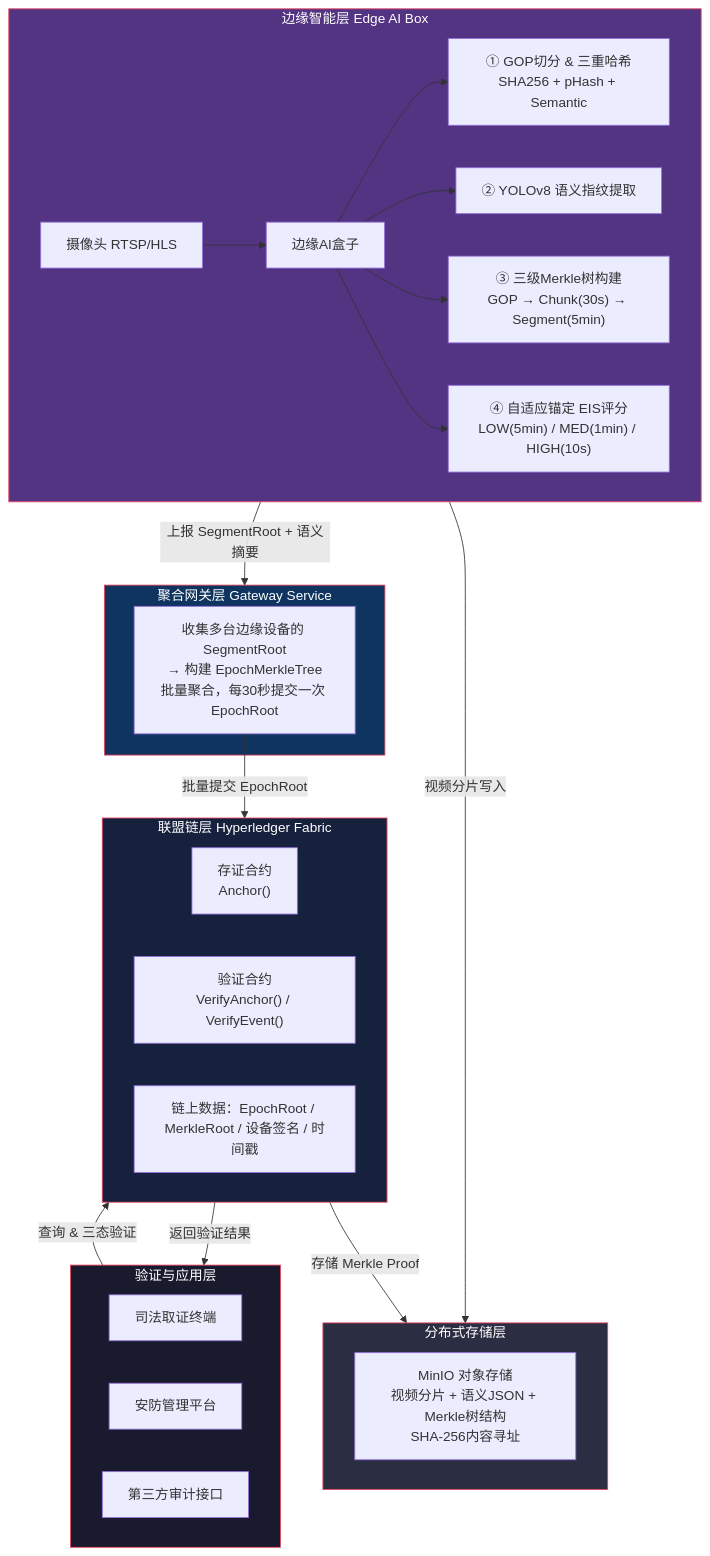
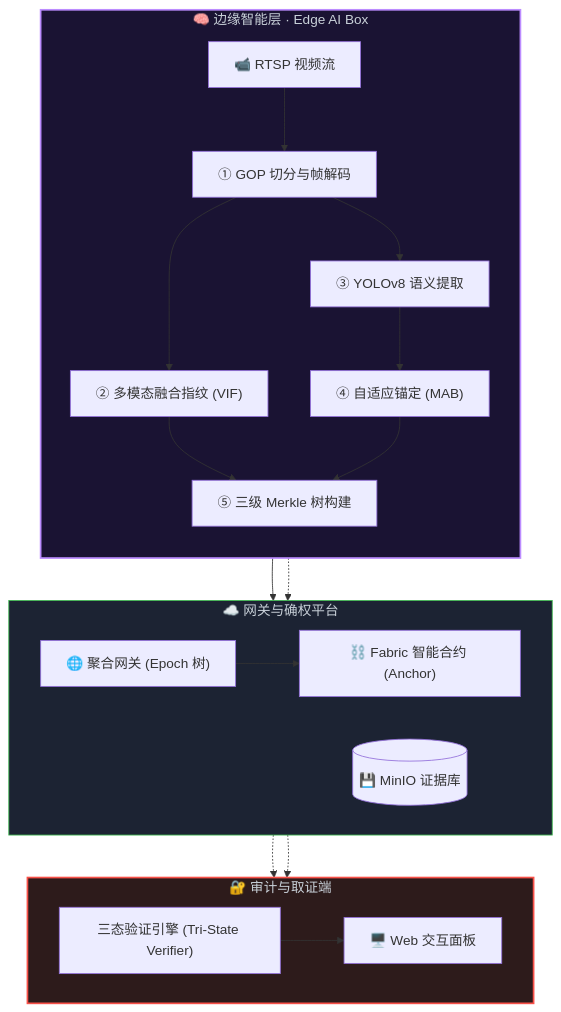
One commit to NgokzittYu/CCTV-W-FABRIC changed the diagram in README.md. Above: the diagram before and after it, drawn with Mermaid. The commit also changed other lines of this file and 7 other files, not shown here.

````diff
--- a/README.md
+++ b/README.md
@@ -77,43 +78,44 @@
 ```mermaid
 flowchart TB
-    subgraph L4["验证与应用层"]
-        A1["司法取证终端"]
-        A2["安防管理平台"]
-        A3["第三方审计接口"]
+    subgraph EDGE["🧠 边缘智能层 · Edge AI Box"]
+        direction TB
+        CAM["📹 RTSP 视频流"]
+        SP_DEMUX["① GOP 切分与帧解码"]
+        VIF["② 多模态融合指纹 (VIF)"]
+        YOLO["③ YOLOv8 语义提取"]
+        MAB["④ 自适应锚定 (MAB)"]
+        MK["⑤ 三级 Merkle 树构建"]
+        
+        CAM --> SP_DEMUX
+        SP_DEMUX --> VIF
+        SP_DEMUX --> YOLO
+        YOLO --> MAB
+        VIF --> MK
+        MAB --> MK
     end
 
-    subgraph L3["联盟链层 Hyperledger Fabric"]
-        C1["存证合约<br>Anchor()"]
-        C2["验证合约<br>VerifyAnchor() / VerifyEvent()"]
-        CD["链上数据：EpochRoot / MerkleRoot / 设备签名 / 时间戳"]
+    subgraph CLOUD["☁️ 网关与确权平台"]
+        direction LR
+        GW["🌐 聚合网关 (Epoch 树)"]
+        SC["⛓️ Fabric 智能合约 (Anchor)"]
+        DB[("💾 MinIO 证据库")]
+        
+        MK --> GW
+        MK -.-> DB
+        GW --> SC
     end
 
-    subgraph L2["聚合网关层 Gateway Service"]
-        GW["收集多台边缘设备的 SegmentRoot<br>→ 构建 EpochMerkleTree<br>批量聚合，每30秒提交一次 EpochRoot"]
+    subgraph VERIFY["🔐 审计与取证端"]
+        direction LR
+        TRI_STATE["三态验证引擎 (Tri-State Verifier)"]
+        DEMO["🖥️ Web 交互面板"]
+        
+        DB -.-> TRI_STATE
+        SC -.-> TRI_STATE
+        TRI_STATE --> DEMO
     end
-
-    subgraph L1["边缘智能层 Edge AI Box"]
-        CAM["摄像头 RTSP/HLS"] --> BOX["边缘AI盒子"]
-        BOX --> B1["① GOP切分 & 三重哈希<br>SHA256 + pHash + Semantic"]
-        BOX --> B2["② YOLOv8 语义指纹提取"]
-        BOX --> B3["③ 三级Merkle树构建<br>GOP → Chunk(30s) → Segment(5min)"]
-        BOX --> B4["④ 自适应锚定 EIS评分<br>LOW(5min) / MED(1min) / HIGH(10s)"]
-    end
-
-    subgraph L0["分布式存储层"]
-        MINIO["MinIO 对象存储<br>视频分片 + 语义JSON + Merkle树结构<br>SHA-256内容寻址"]
-    end
-
-    L4 -->|"查询 & 三态验证"| L3
-    L3 -->|"返回验证结果"| L4
-    GW -->|"批量提交 EpochRoot"| L3
-    L1 -->|"上报 SegmentRoot + 语义摘要"| L2
-    L1 -->|"视频分片写入"| L0
-    L3 -->|"存储 Merkle Proof"| L0
-
-    style L4 fill:#1a1a2e,stroke:#e94560,color:#fff
-    style L3 fill:#16213e,stroke:#e94560,color:#fff
-    style L2 fill:#0f3460,stroke:#e94560,color:#fff
-    style L1 fill:#533483,stroke:#e94560,color:#fff
-    style L0 fill:#2b2d42,stroke:#e94560,color:#fff
+    
+    style EDGE fill:#1a1333,stroke:#bc8cff,color:#c9d1d9,stroke-width:2px
+    style CLOUD fill:#1c2333,stroke:#3fb950,color:#c9d1d9
+    style VERIFY fill:#2d1b1b,stroke:#f85149,color:#c9d1d9,stroke-width:2px
 ```
````
